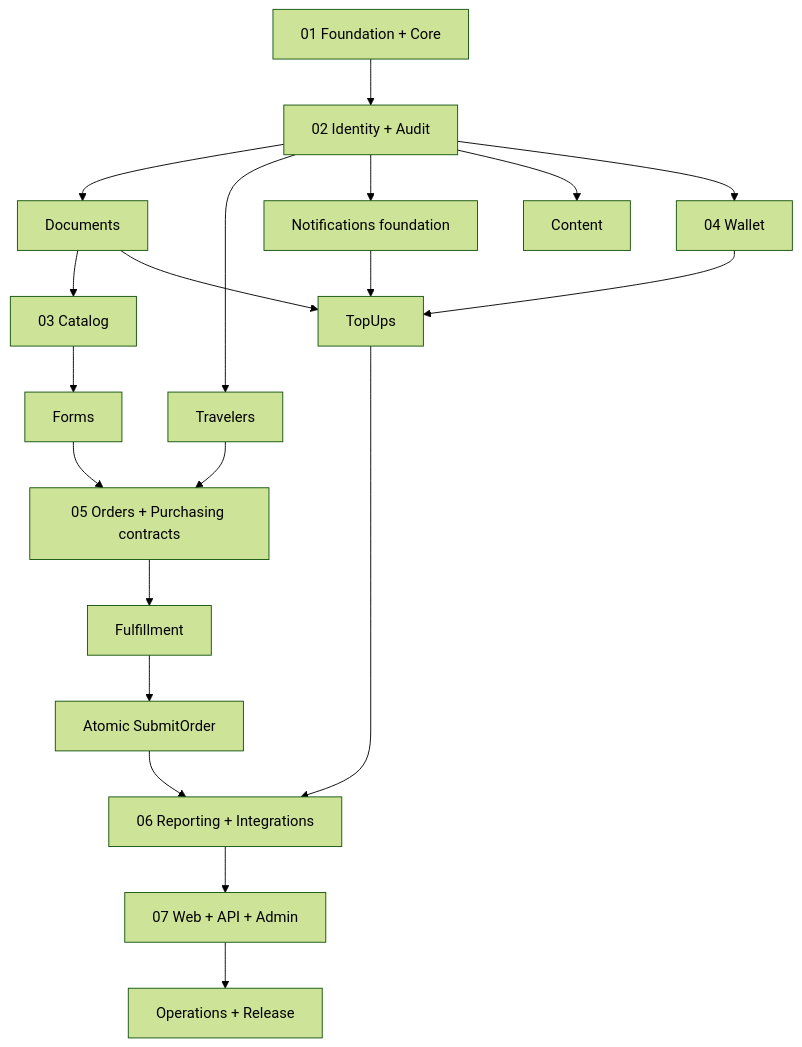
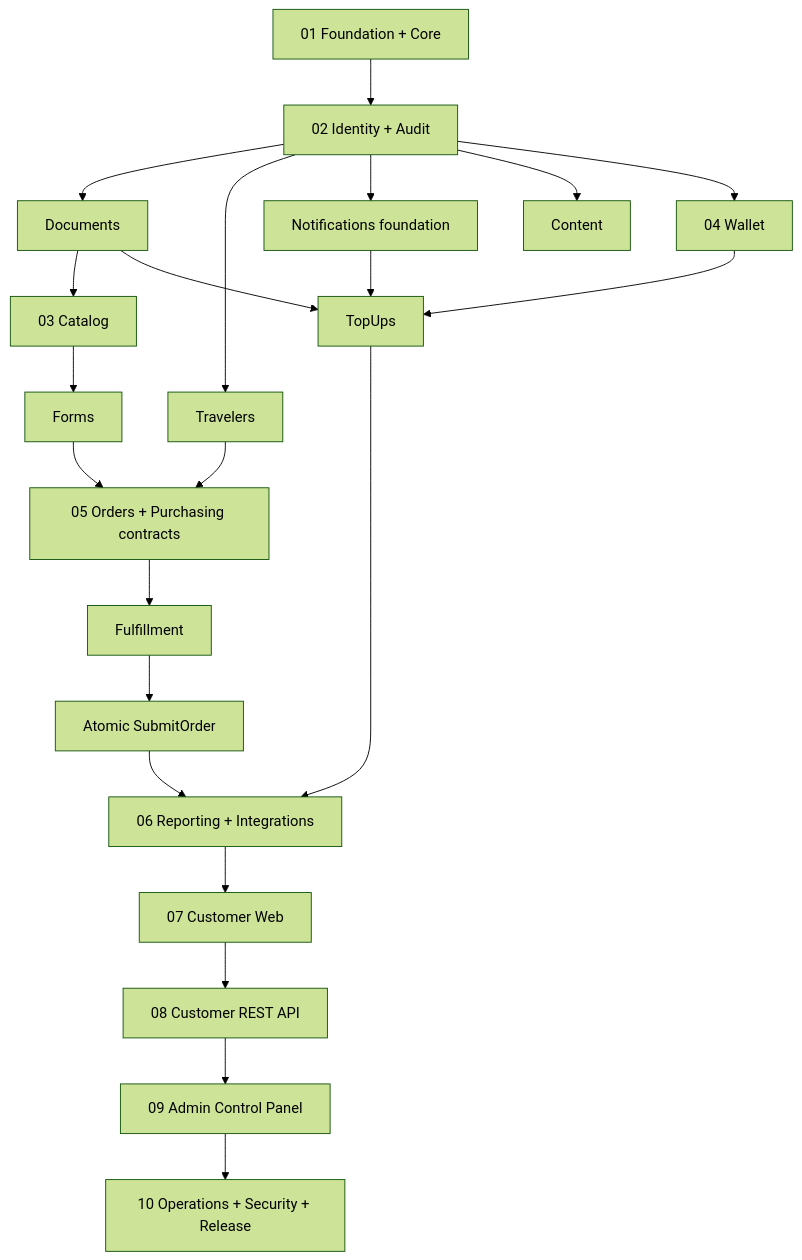
The diagram in docs/superpowers/plans/2026-09-11-rehla-platform-build.md (nasoomaa/rehla2), drawn with Mermaid (forest theme) before and after one commit. The commit also changed other lines of this file and 8 other files, not shown here.

Commit message:
docs: split Web API Admin and release plans

````diff
--- a/docs/superpowers/plans/2026-09-11-rehla-platform-build.md
+++ b/docs/superpowers/plans/2026-09-11-rehla-platform-build.md
@@ -61,22 +64,24 @@
 ```mermaid
 flowchart TD
   P1[01 Foundation + Core] --> P2[02 Identity + Audit]
   P2 --> D[Documents]
   P2 --> T[Travelers]
   P2 --> N[Notifications foundation]
   D --> C[03 Catalog]
   C --> F[Forms]
   P2 --> CT[Content]
   P2 --> W[04 Wallet]
   D --> TU[TopUps]
   N --> TU
   W --> TU
   F --> O[05 Orders + Purchasing contracts]
   T --> O
   O --> X[Fulfillment]
   X --> S[Atomic SubmitOrder]
   TU --> R[06 Reporting + Integrations]
   S --> R
-  R --> UI[07 Web + API + Admin]
-  UI --> OPS[Operations + Release]
+  R --> WEB[07 Customer Web]
+  WEB --> API[08 Customer REST API]
+  API --> ADMIN[09 Admin Control Panel]
+  ADMIN --> OPS[10 Operations + Security + Release]
 ```
````
